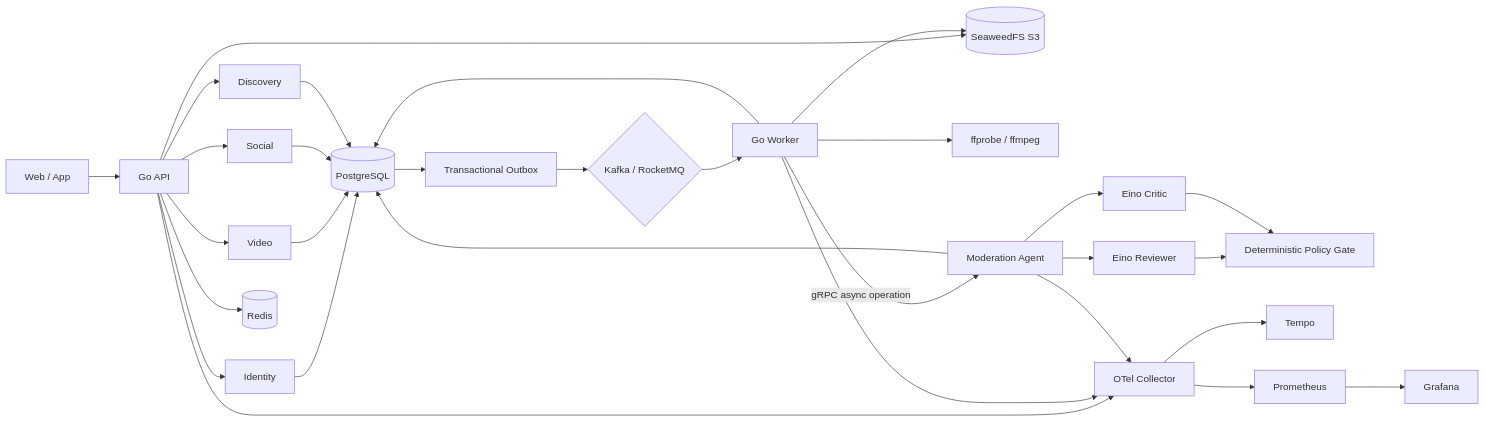
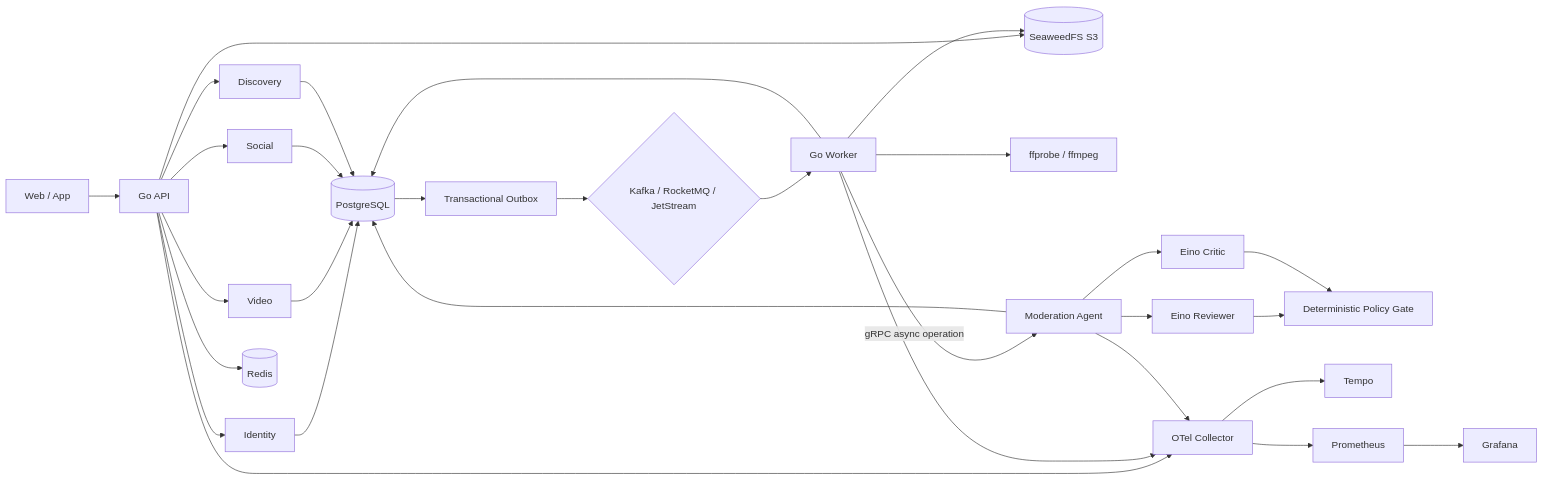
Before and after one commit to Sealessland/sea-music: the diagram in docs/architecture.md, drawn with Mermaid. The commit also changed other lines of this file and 17 other files, not shown here.

Commit message:
feat(events): add NATS JetStream adapter

````diff
--- a/docs/architecture.md
+++ b/docs/architecture.md
@@ -5,26 +5,26 @@
 ```mermaid
 flowchart LR
     Client[Web / App] --> API[Go API]
     API --> ID[Identity]
     API --> Video[Video]
     API --> Social[Social]
     API --> Discovery[Discovery]
     ID & Video & Social & Discovery --> PG[(PostgreSQL)]
     API --> Redis[(Redis)]
     API --> S3[(SeaweedFS S3)]
     PG --> Outbox[Transactional Outbox]
-    Outbox --> Broker{Kafka / RocketMQ}
+    Outbox --> Broker{Kafka / RocketMQ / JetStream}
     Broker --> Worker[Go Worker]
     Worker --> PG
     Worker --> S3
     Worker --> FF[ffprobe / ffmpeg]
     Worker -->|gRPC async operation| Agent[Moderation Agent]
     Agent --> PG
     Agent --> Reviewer[Eino Reviewer]
     Agent --> Critic[Eino Critic]
     Reviewer & Critic --> Policy[Deterministic Policy Gate]
     API & Worker & Agent --> OTel[OTel Collector]
     OTel --> Tempo[Tempo]
     OTel --> Prom[Prometheus]
     Prom --> Grafana[Grafana]
 ```
````
